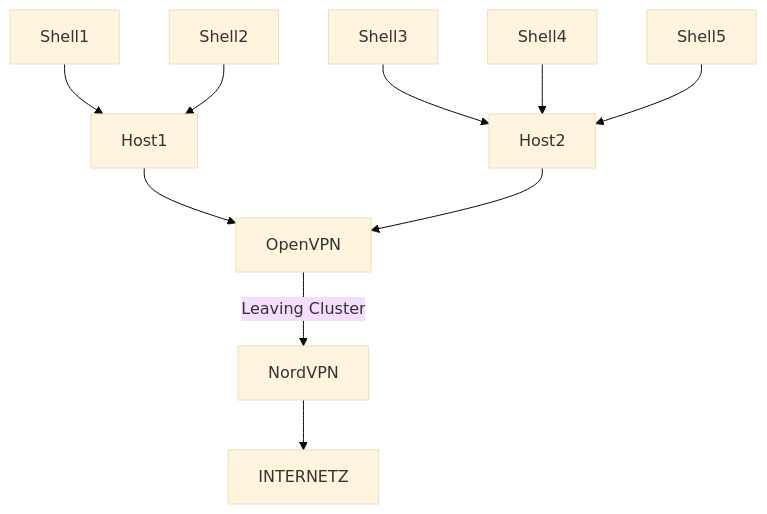
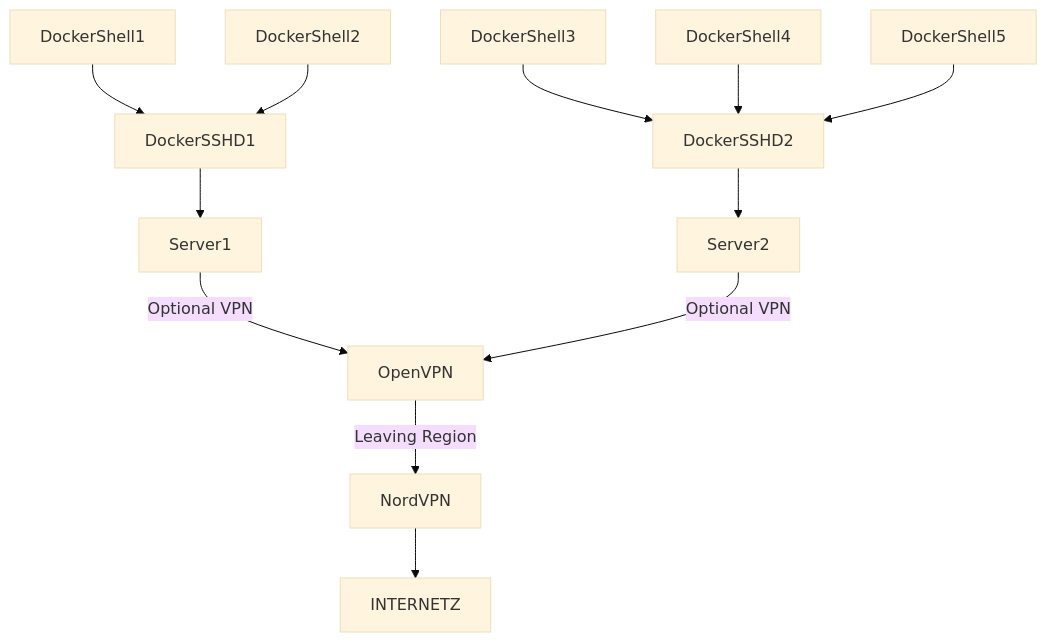
One commit to hackerschoice/segfault changed the diagram in README.md. Above: the diagram before and after it, drawn with Mermaid (base theme). The commit also changed other lines of this file, not shown here.

````diff
--- a/README.md
+++ b/README.md
@@ -4,12 +4,14 @@
 ```mermaid
 graph TD;
-    Shell1-->Host1;
-    Shell2-->Host1;
-    Shell3-->Host2;
-    Shell4-->Host2;
-    Shell5-->Host2;
-    Host1-->OpenVPN;
-    Host2-->OpenVPN;
-    OpenVPN -- Leaving Cluster -->NordVPN
+    DockerShell1-->DockerSSHD1;
+    DockerShell2-->DockerSSHD1;
+    DockerShell3-->DockerSSHD2;
+    DockerShell4-->DockerSSHD2;
+    DockerShell5-->DockerSSHD2;
+    DockerSSHD1-->Server1;
+    DockerSSHD2-->Server2;
+    Server1-- Optional VPN -->OpenVPN;
+    Server2-- Optional VPN -->OpenVPN;
+    OpenVPN -- Leaving Region -->NordVPN
     NordVPN-->INTERNETZ
 ```
````
